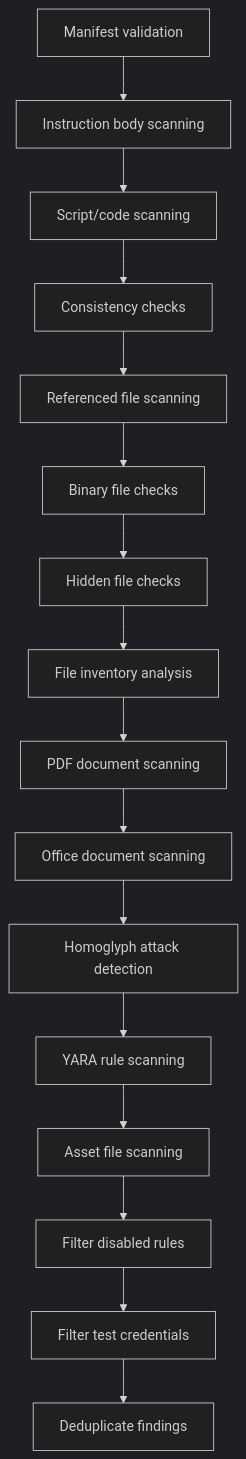
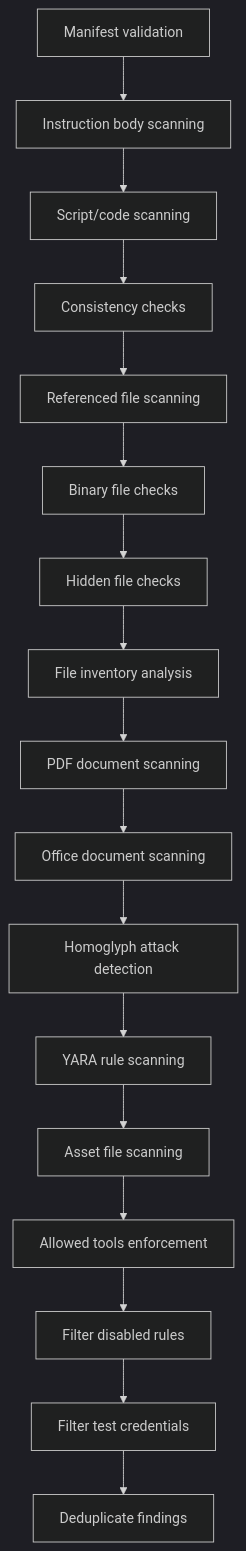
The diagram in docs/architecture/analyzers/static-analyzer.md (cisco-ai-defense/skill-scanner), drawn with Mermaid (dark theme) before and after one commit. The commit also changed other lines of this file and 11 other files, not shown here.

````diff
--- a/docs/architecture/analyzers/static-analyzer.md
+++ b/docs/architecture/analyzers/static-analyzer.md
@@ -16,18 +16,19 @@
 ```mermaid
 flowchart TD
     A["Manifest validation"] --> B["Instruction body scanning"]
     B --> C["Script/code scanning"]
     C --> D["Consistency checks"]
     D --> E["Referenced file scanning"]
     E --> F["Binary file checks"]
     F --> G["Hidden file checks"]
     G --> H["File inventory analysis"]
     H --> I["PDF document scanning"]
     I --> J["Office document scanning"]
     J --> K["Homoglyph attack detection"]
     K --> L["YARA rule scanning"]
     L --> M["Asset file scanning"]
-    M --> N["Filter disabled rules"]
-    N --> O["Filter test credentials"]
-    O --> P["Deduplicate findings"]
+    M --> N["Allowed tools enforcement"]
+    N --> O["Filter disabled rules"]
+    O --> P["Filter test credentials"]
+    P --> Q["Deduplicate findings"]
 ```
````
